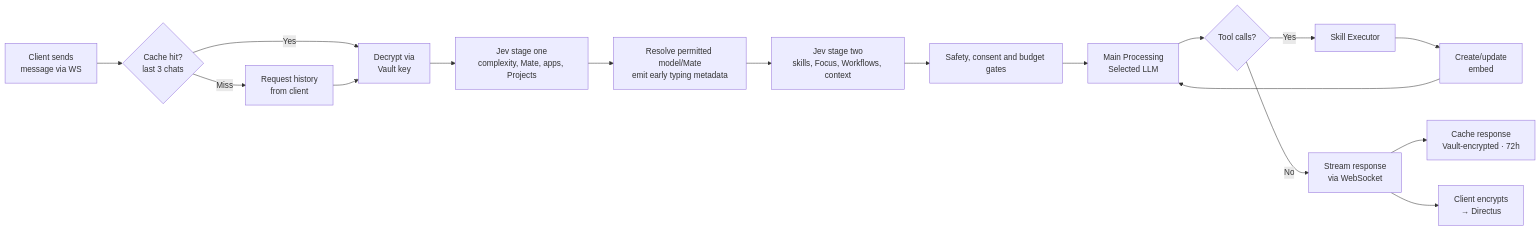
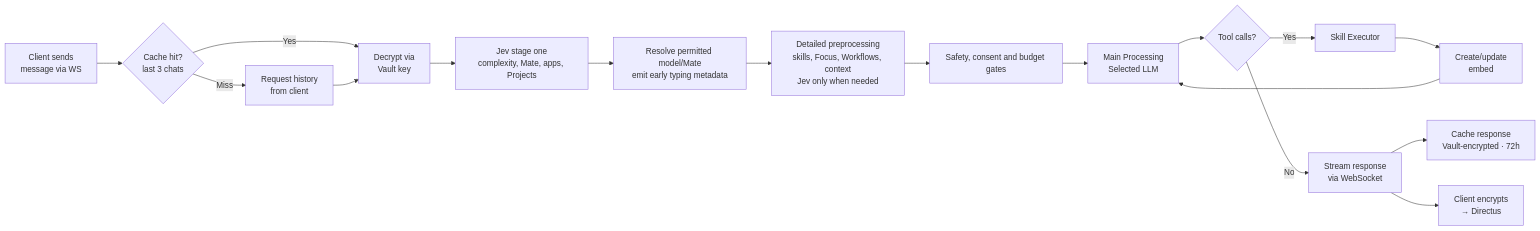
One commit to glowingkitty/OpenMates changed the diagram in docs/architecture/messaging/message-processing.md. Above: the diagram before and after it, drawn with Mermaid. The commit also changed other lines of this file and 42 other files, not shown here.

````diff
--- a/docs/architecture/messaging/message-processing.md
+++ b/docs/architecture/messaging/message-processing.md
@@ -75,19 +75,19 @@
 ```mermaid
 graph LR
     A[Client sends<br/>message via WS] --> B{Cache hit?<br/>last 3 chats}
     B -->|Yes| C[Decrypt via<br/>Vault key]
     B -->|Miss| D[Request history<br/>from client]
     D --> C
     C --> E[Jev stage one<br/>complexity, Mate, apps, Projects]
     E --> R[Resolve permitted model/Mate<br/>emit early typing metadata]
-    R --> P[Jev stage two<br/>skills, Focus, Workflows, context]
+    R --> P[Detailed preprocessing<br/>skills, Focus, Workflows, context<br/>Jev only when needed]
     P --> V[Safety, consent and budget gates]
     V --> F[Main Processing<br/>Selected LLM]
     F --> G{Tool calls?}
     G -->|Yes| H[Skill Executor]
     H --> I[Create/update<br/>embed]
     I --> F
     G -->|No| J[Stream response<br/>via WebSocket]
     J --> K[Cache response<br/>Vault-encrypted · 72h]
     J --> L[Client encrypts<br/>→ Directus]
 ```
````
